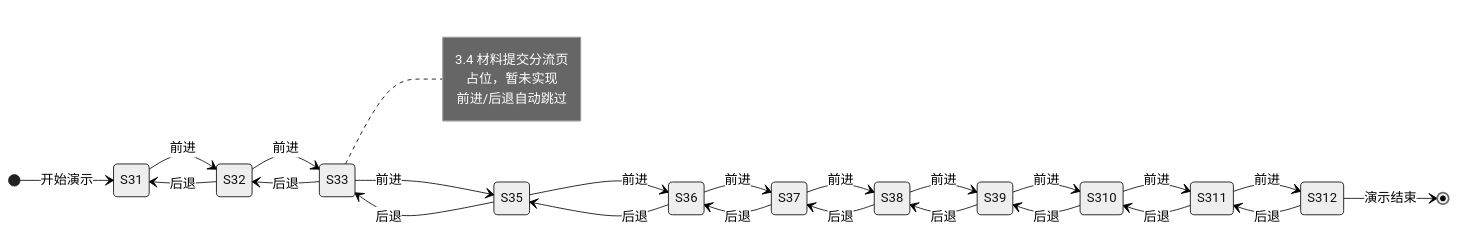
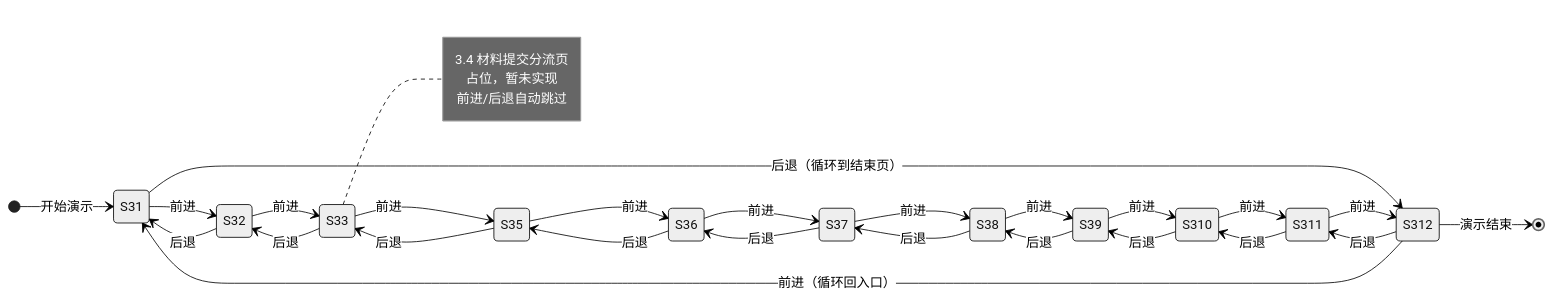
Before and after one commit to en175/New-case-filing-procedure: the diagram in AgentDoc/PPT演示重构文档.md, drawn with Mermaid (neutral theme). The commit also changed other lines of this file and 2 other files, not shown here.

````diff
--- a/AgentDoc/PPT演示重构文档.md
+++ b/AgentDoc/PPT演示重构文档.md
@@ -29,44 +29,46 @@
 ```mermaid
 stateDiagram-v2
     direction LR
 
     [*] --> S31: 开始演示
 
     S31 --> S32: 前进
     S32 --> S31: 后退
+    S31 --> S312: 后退（循环到结束页）
 
     S32 --> S33: 前进
     S33 --> S32: 后退
 
     S33 --> S35: 前进
     S35 --> S33: 后退
 
     note right of S33
         3.4 材料提交分流页
         占位，暂未实现
         前进/后退自动跳过
     end note
 
     S35 --> S36: 前进
     S36 --> S35: 后退
 
     S36 --> S37: 前进
     S37 --> S36: 后退
 
     S37 --> S38: 前进
     S38 --> S37: 后退
 
     S38 --> S39: 前进
     S39 --> S38: 后退
 
     S39 --> S310: 前进
     S310 --> S39: 后退
 
     S310 --> S311: 前进
     S311 --> S310: 后退
 
     S311 --> S312: 前进
     S312 --> S311: 后退
+    S312 --> S31: 前进（循环回入口）
 
     S312 --> [*]: 演示结束
 ```
````
